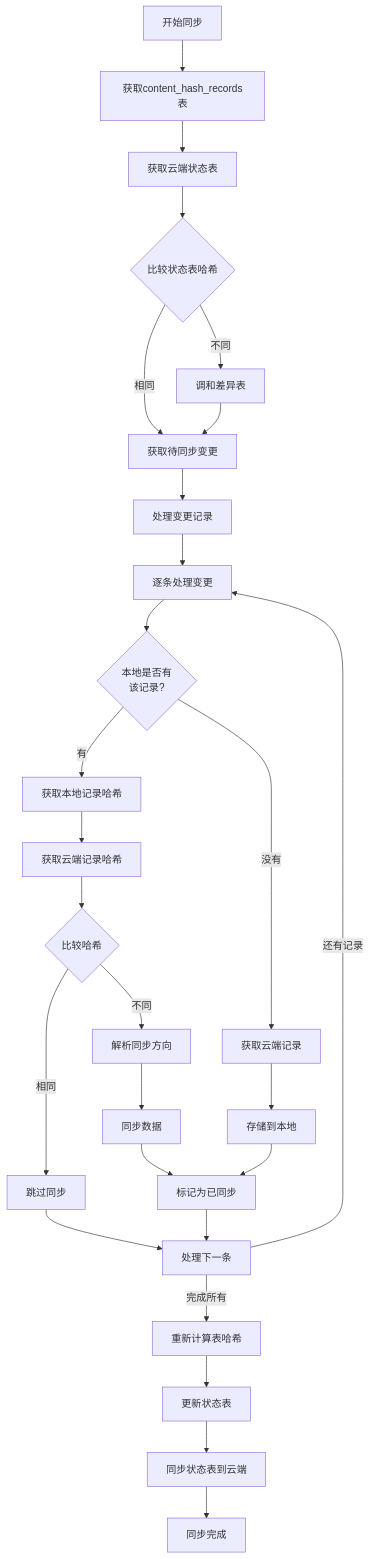
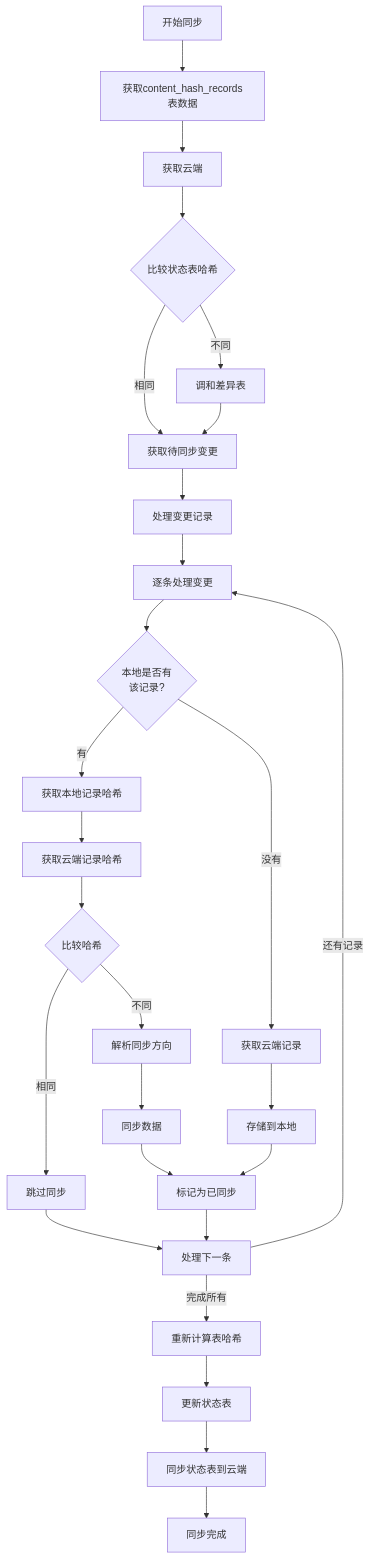
The diagram in all/未命名-42.md (yingjianzh/iodraw-files), drawn with Mermaid before and after one commit.

Commit message:
2025-04-24 15:30:27 update

````diff
--- a/all/未命名-42.md
+++ b/all/未命名-42.md
@@ -1,39 +1,39 @@
 ```mermaid
 flowchart TD
-    Start[开始同步] --> FetchLocalState[获取content_hash_records表]
-    FetchLocalState --> FetchCloudState[获取云端状态表]
+    Start[开始同步] --> FetchLocalState[获取content_hash_records表数据]
+    FetchLocalState --> FetchCloudState[获取云端]
     
     FetchCloudState --> CompareStates{比较状态表哈希}
     CompareStates -- 相同 --> FetchChanges[获取待同步变更]
     CompareStates -- 不同 --> ReconcileTables[调和差异表]
     
     ReconcileTables --> FetchChanges
     FetchChanges --> ProcessChanges[处理变更记录]
     
     ProcessChanges --> RecordByRecord[逐条处理变更]
     RecordByRecord --> CheckLocalRecord{本地是否有\n该记录?}
     
     CheckLocalRecord -- 有 --> GetLocalHash[获取本地记录哈希]
     CheckLocalRecord -- 没有 --> FetchCloudRecord[获取云端记录]
     
     GetLocalHash --> FetchCloudHash[获取云端记录哈希]
     FetchCloudHash --> CompareHash{比较哈希}
     
     CompareHash -- 相同 --> SkipSync[跳过同步]
     CompareHash -- 不同 --> ResolveSync[解析同步方向]
     
     FetchCloudRecord --> StoreLocalRecord[存储到本地]
     ResolveSync --> SyncData[同步数据]
     
     StoreLocalRecord --> MarkSynced[标记为已同步]
     SyncData --> MarkSynced
     SkipSync --> NextRecord[处理下一条]
     
     MarkSynced --> NextRecord
     NextRecord -- 还有记录 --> RecordByRecord
     NextRecord -- 完成所有 --> RecalcTableHashes[重新计算表哈希]
     
     RecalcTableHashes --> UpdateStateTable[更新状态表]
     UpdateStateTable --> SyncStateTable[同步状态表到云端]
     SyncStateTable --> End[同步完成]
 ```
````
